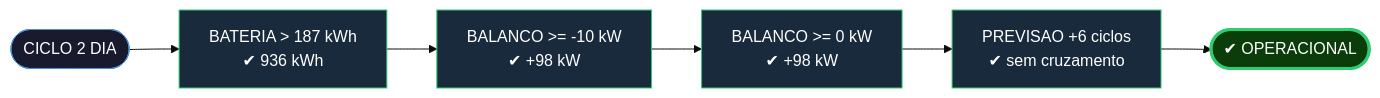
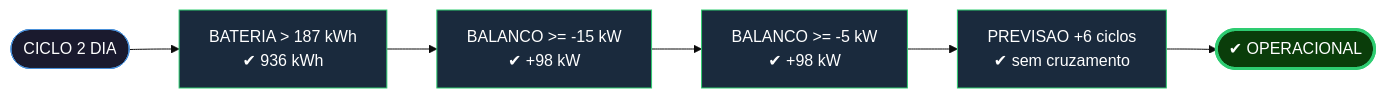
The second of 6 diagrams in README.md (juliaramosguedes/fiap-fase-3-aurora-siger), drawn with Mermaid (base theme) before and after one commit. The commit also changed other lines of this file and 9 other files, not shown here.

````diff
--- a/README.md
+++ b/README.md
@@ -81,15 +81,15 @@
 ```mermaid
 flowchart LR
     A([CICLO 2 DIA]) --> B["BATERIA > 187 kWh\n✔ 936 kWh"]
-    B --> C["BALANCO >= -10 kW\n✔ +98 kW"]
-    C --> D["BALANCO >= 0 kW\n✔ +98 kW"]
+    B --> C["BALANCO >= -15 kW\n✔ +98 kW"]
+    C --> D["BALANCO >= -5 kW\n✔ +98 kW"]
     D --> E["PREVISAO +6 ciclos\n✔ sem cruzamento"]
     E --> F([✔ OPERACIONAL])
 
     style A fill:#1a1a2e,color:#fff,stroke:#4a90d9
     style B fill:#1a2a3d,color:#fff,stroke:#2ecc71
     style C fill:#1a2a3d,color:#fff,stroke:#2ecc71
     style D fill:#1a2a3d,color:#fff,stroke:#2ecc71
     style E fill:#1a2a3d,color:#fff,stroke:#2ecc71
     style F fill:#0a3d0a,color:#fff,stroke:#2ecc71,stroke-width:3px
 ```
````
